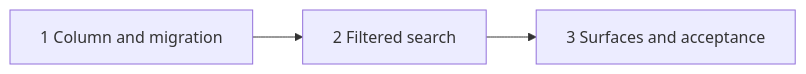
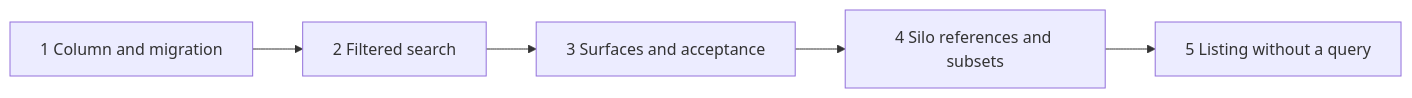
The diagram in docs/date-filter/00-overview.md (JamesAIzzard/lodestone), drawn with Mermaid before and after one commit. The commit also changed other lines of this file and 3 other files, not shown here.

````diff
--- a/docs/date-filter/00-overview.md
+++ b/docs/date-filter/00-overview.md
@@ -31,4 +37,4 @@
 ```mermaid
 flowchart LR
-  P1[1 Column and migration] --> P2[2 Filtered search] --> P3[3 Surfaces and acceptance]
+  P1[1 Column and migration] --> P2[2 Filtered search] --> P3[3 Surfaces and acceptance] --> P4[4 Silo references and subsets] --> P5[5 Listing without a query]
 ```
````
